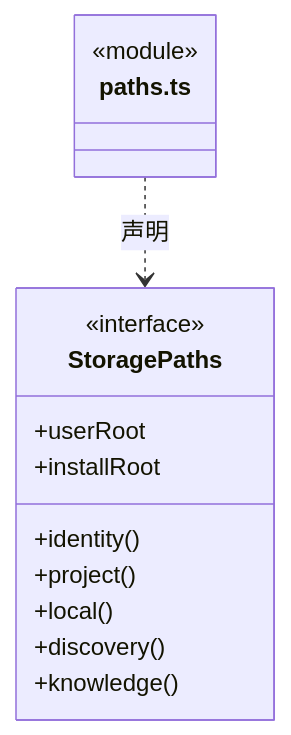
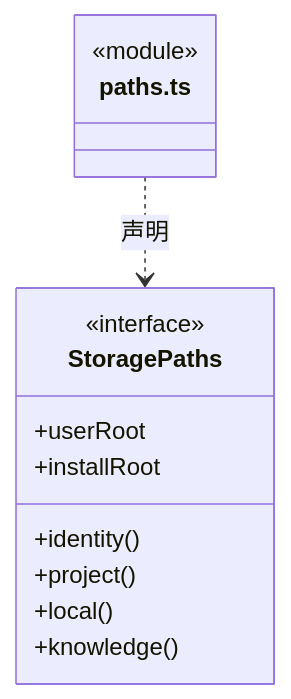
Before and after one commit to nan023062/cbim: the fifth of 7 diagrams in src/backend/core/foundation/ARCHITECTURE.md, drawn with Mermaid. The commit also changed 211 other files, not shown here.

````diff
--- a/src/backend/core/foundation/ARCHITECTURE.md
+++ b/src/backend/core/foundation/ARCHITECTURE.md
@@ -74,17 +74,16 @@
 ```mermaid
 classDiagram
 class N_src_backend_core_foundation_paths_ts["paths.ts"] {
   <<module>>
 }
 class N_src_backend_core_foundation_paths_ts_StoragePaths["StoragePaths"] {
   <<interface>>
   +userRoot
   +installRoot
   +identity()
   +project()
   +local()
-  +discovery()
   +knowledge()
 }
 N_src_backend_core_foundation_paths_ts ..> N_src_backend_core_foundation_paths_ts_StoragePaths : 声明
 ```
````
